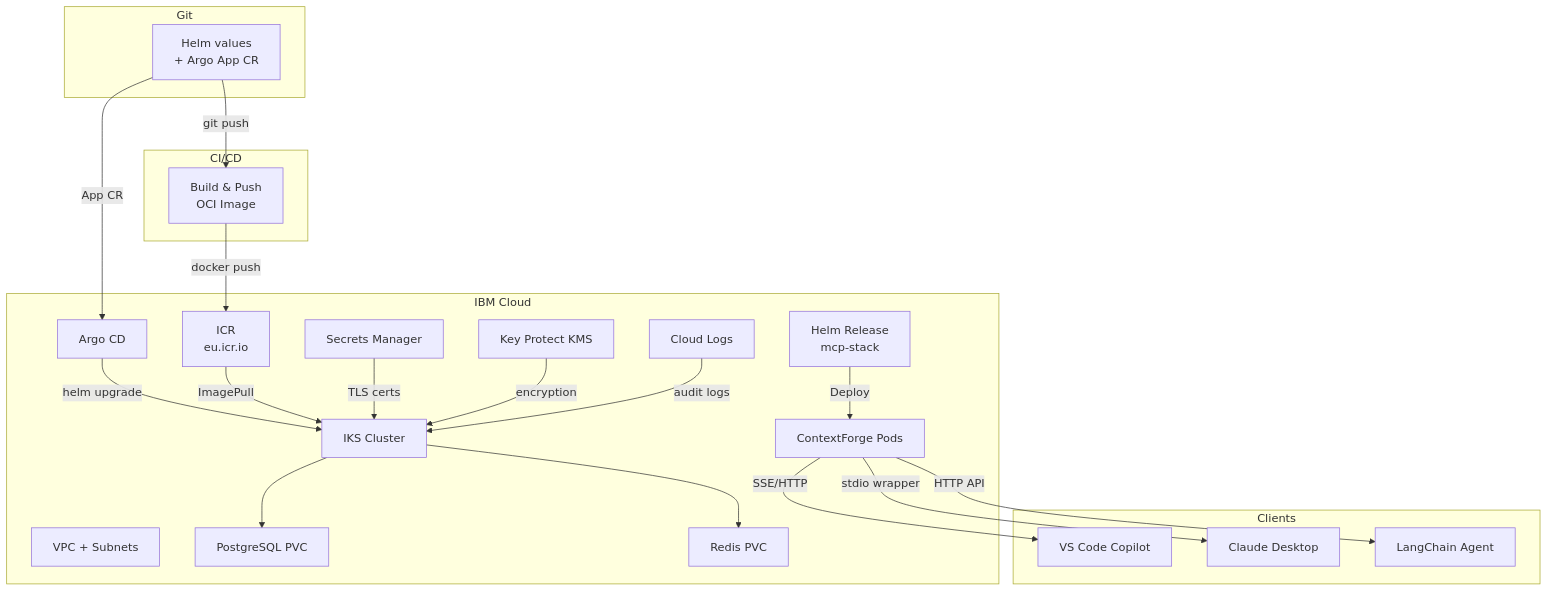
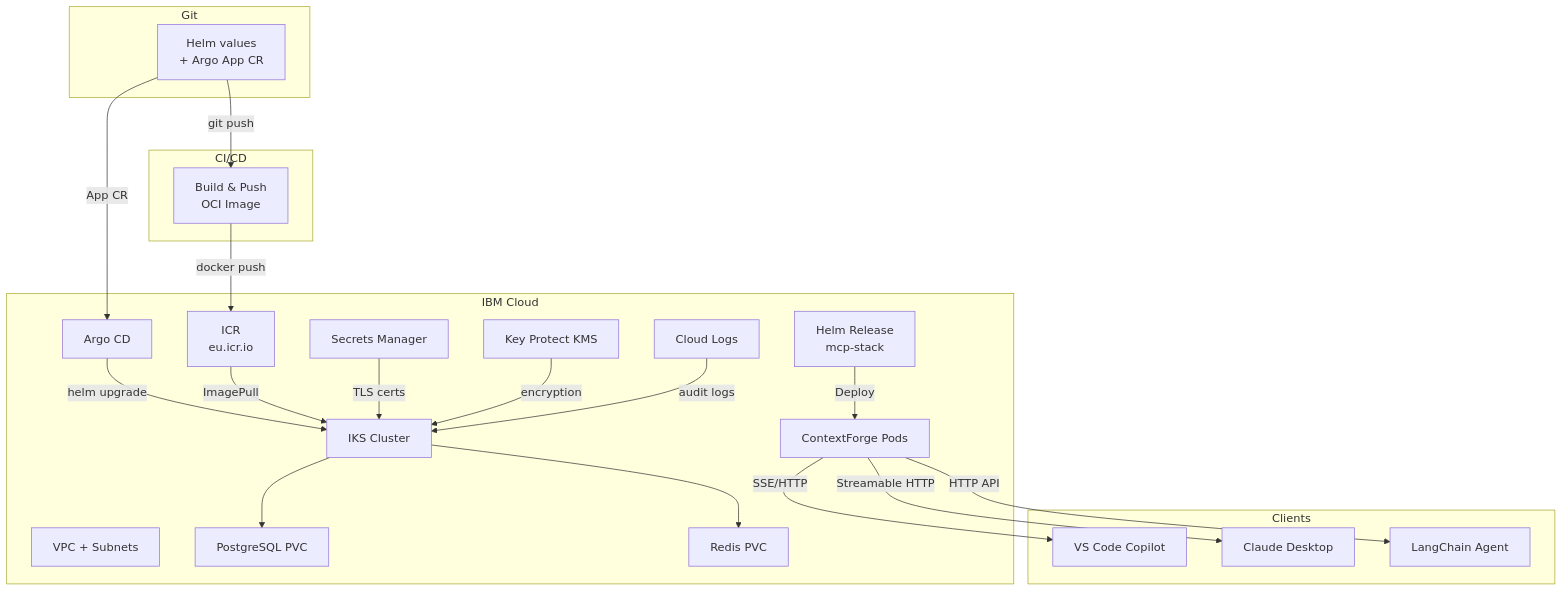
The diagram in docs/docs/tutorials/argocd-helm-deployment-ibm-cloud-iks.md (brian-hussey/mcp-context-forge), drawn with Mermaid before and after one commit. The commit also changed other lines of this file and 97 other files, not shown here.

First line of the commit message:
chore: remove stdio wrapper in favor of FastMCP (#6201)

````diff
--- a/docs/docs/tutorials/argocd-helm-deployment-ibm-cloud-iks.md
+++ b/docs/docs/tutorials/argocd-helm-deployment-ibm-cloud-iks.md
@@ -19,50 +19,50 @@
 ```mermaid
 flowchart TD
     %% ---------------- Git ----------------
     subgraph Git
         repo["Helm values<br/>+ Argo App CR"]
     end
 
     %% ---------------- CI/CD --------------
     subgraph "CI/CD"
         build["Build &amp; Push<br/>OCI Image"]
     end
 
     %% ---------------- IBM Cloud ----------
     subgraph "IBM Cloud"
         vpc["VPC + Subnets"]
         iks["IKS Cluster"]
         icr["ICR<br/>eu.icr.io"]
         argocd["Argo CD"]
         helm["Helm Release<br/>mcp-stack"]
         gateway["ContextForge Pods"]
         db["PostgreSQL PVC"]
         redis["Redis PVC"]
         kms["Key Protect KMS"]
         secrets["Secrets Manager"]
         logs["Cloud Logs"]
     end
 
     %% ---------------- Clients ------------
     subgraph Clients
         vscode["VS Code Copilot"]
         claude["Claude Desktop"]
         langchain["LangChain Agent"]
     end
 
     %% ------------ Edges ------------------
     repo   -- "git push"      --> build
     build  -- "docker push"   --> icr
     repo   -- "App CR"        --> argocd
     argocd -- "helm upgrade"  --> iks
     icr    -- "ImagePull"     --> iks
     iks    --> db
     iks    --> redis
     helm   -- "Deploy"        --> gateway
     secrets-- "TLS certs"     --> iks
     kms    -- "encryption"    --> iks
     logs   -- "audit logs"    --> iks
     gateway-- "SSE/HTTP"      --> vscode
-    gateway-- "stdio wrapper" --> claude
+    gateway-- "Streamable HTTP" --> claude
     gateway-- "HTTP API"      --> langchain
 ```
````
